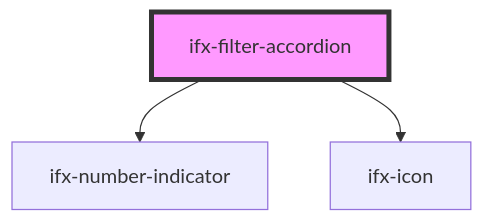
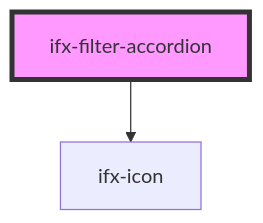
The diagram in packages/components/src/components/table-advanced-version/filter-type-group/filter-accordion/readme.md (Infineon/infineon-design-system-stencil), drawn with Mermaid before and after one commit. The commit also changed other lines of this file and 25 other files, not shown here.

Commit message:
dissolves and remakes number-indicator into indicator component

````diff
--- a/packages/components/src/components/table-advanced-version/filter-type-group/filter-accordion/readme.md
+++ b/packages/components/src/components/table-advanced-version/filter-type-group/filter-accordion/readme.md
@@ -31,6 +30,5 @@
 ```mermaid
 graph TD;
-  ifx-filter-accordion --> ifx-number-indicator
   ifx-filter-accordion --> ifx-icon
   style ifx-filter-accordion fill:#f9f,stroke:#333,stroke-width:4px
 ```
````
